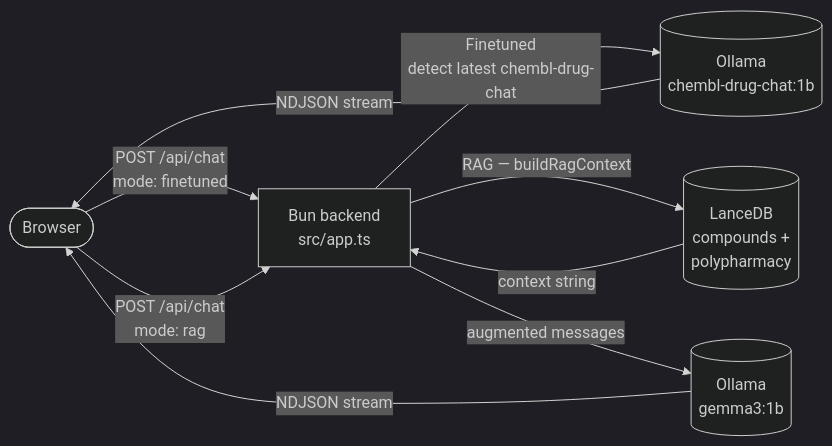
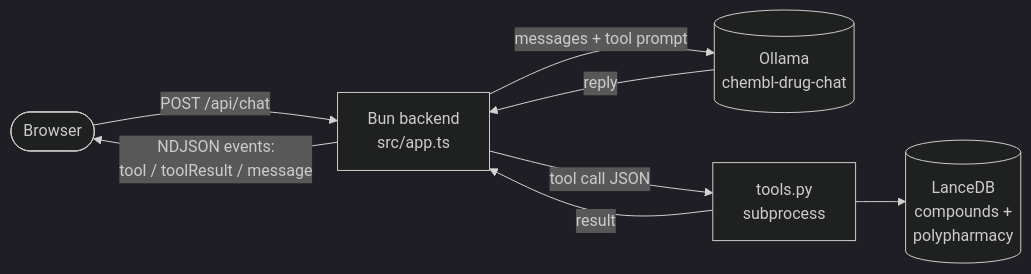
One commit to AymanSulaiman/chem_mlops changed the diagram in web/README.md. Above: the diagram before and after it, drawn with Mermaid (dark theme). The commit also changed other lines of this file and 43 other files, not shown here.

````diff
--- a/web/README.md
+++ b/web/README.md
@@ -60,13 +108,10 @@
 ```mermaid
 flowchart LR
-    BR([Browser]) -->|POST /api/chat\nmode: finetuned| BUN[Bun backend\nsrc/app.ts]
-    BR -->|POST /api/chat\nmode: rag| BUN
-
-    BUN -->|Finetuned\ndetect latest chembl-drug-chat| OLL[(Ollama\nchembl-drug-chat:1b)]
-    BUN -->|RAG — buildRagContext| LDB[(LanceDB\ncompounds +\npolypharmacy)]
-    LDB -->|context string| BUN
-    BUN -->|augmented messages| OLL2[(Ollama\ngemma3:1b)]
-
-    OLL -->|NDJSON stream| BR
-    OLL2 -->|NDJSON stream| BR
+    BR([Browser]) -->|POST /api/chat| BUN[Bun backend\nsrc/app.ts]
+    BUN -->|messages + tool prompt| OLL[(Ollama\nchembl-drug-chat)]
+    OLL -->|reply| BUN
+    BUN -->|tool call JSON| PY[tools.py\nsubprocess]
+    PY --> LDB[(LanceDB\ncompounds +\npolypharmacy)]
+    PY -->|result| BUN
+    BUN -->|NDJSON events:\ntool / toolResult / message| BR
 ```
````
